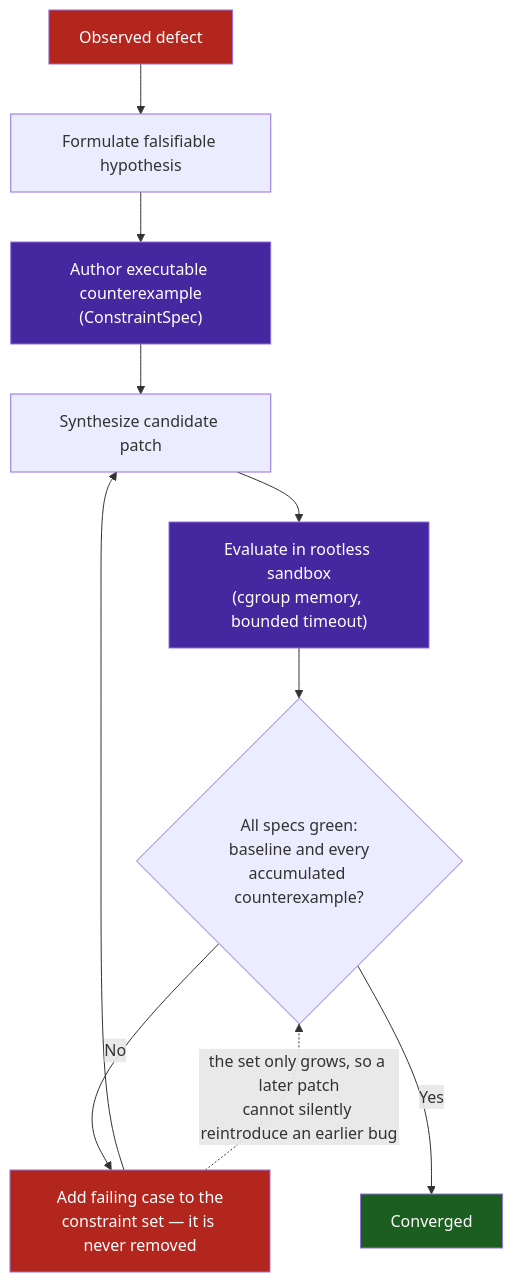
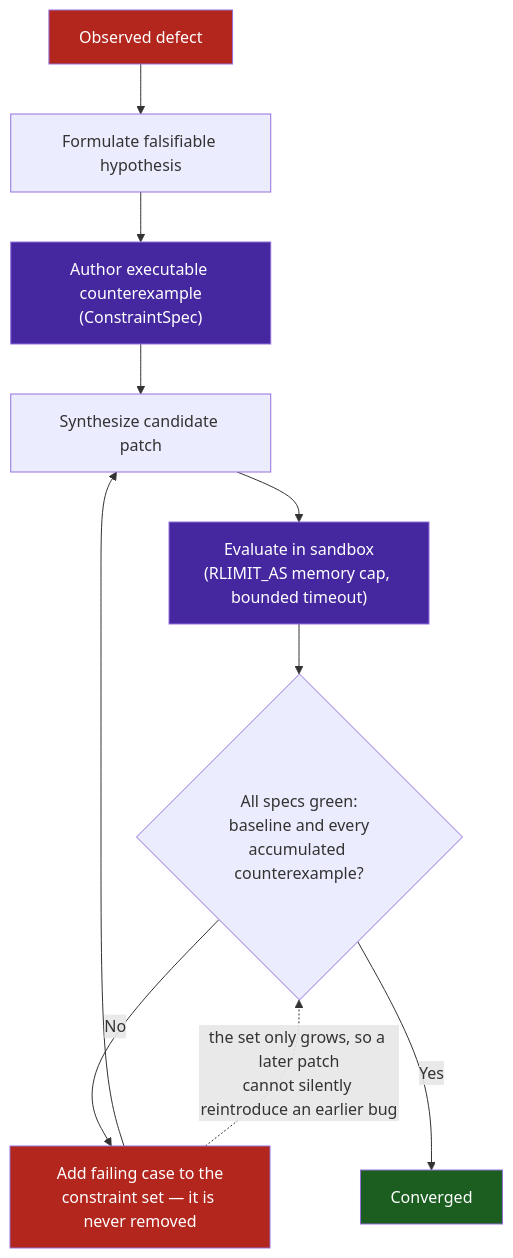
The diagram in examples/cegis-debugging-workbench/README.md (dan-petty/vibes), drawn with Mermaid before and after one commit. The commit also changed other lines of this file and 248 other files, not shown here.

````diff
--- a/examples/cegis-debugging-workbench/README.md
+++ b/examples/cegis-debugging-workbench/README.md
@@ -25,17 +27,17 @@
 ```mermaid
 flowchart TD
     classDef failure fill:#b3261e,color:#fff
     classDef success fill:#1b5e20,color:#fff
     classDef accent fill:#4527a0,color:#fff
 
     Bug["Observed defect"]:::failure --> Hyp["Formulate falsifiable hypothesis"]
     Hyp --> Spec["Author executable counterexample<br/>(ConstraintSpec)"]:::accent
     Spec --> Patch["Synthesize candidate patch"]
-    Patch --> Sandbox["Evaluate in rootless sandbox<br/>(cgroup memory, bounded timeout)"]:::accent
+    Patch --> Sandbox["Evaluate in sandbox<br/>(RLIMIT_AS memory cap, bounded timeout)"]:::accent
     Sandbox --> Oracle{"All specs green:<br/>baseline and every<br/>accumulated counterexample?"}
     Oracle -->|"No"| Add["Add failing case to the<br/>constraint set — it is never removed"]:::failure
     Add --> Patch
     Oracle -->|"Yes"| Done["Converged"]:::success
 
     Add -.->|"the set only grows, so a later patch<br/>cannot silently reintroduce an earlier bug"| Oracle
 ```
````
